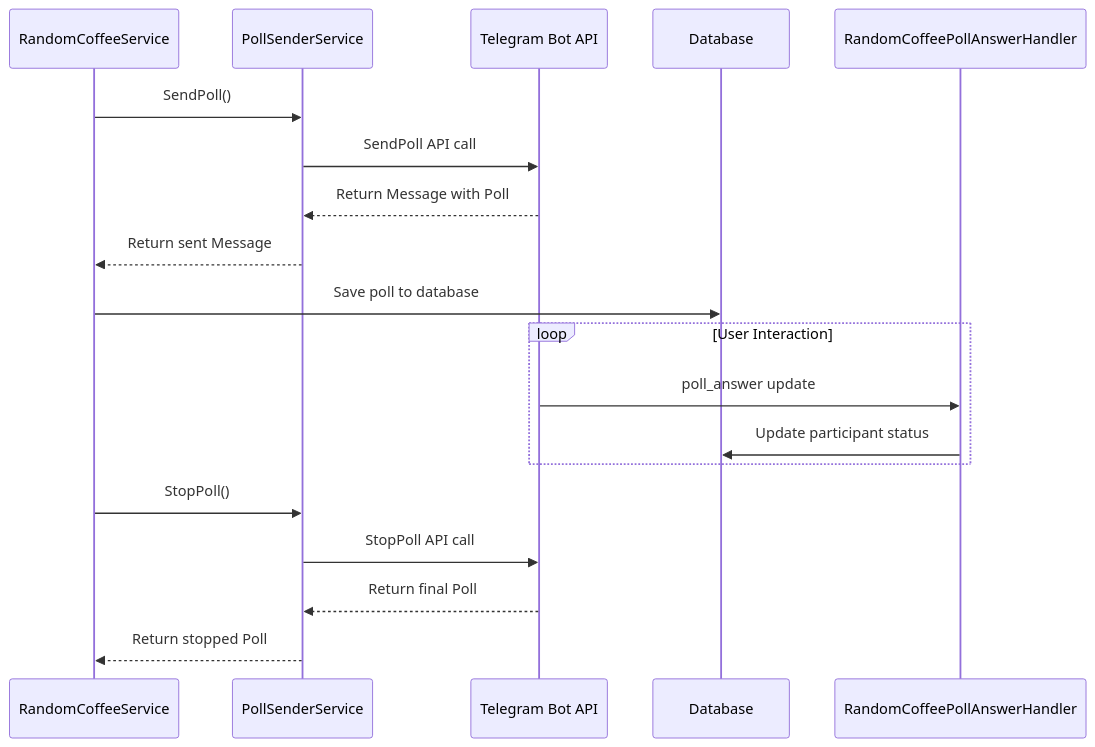
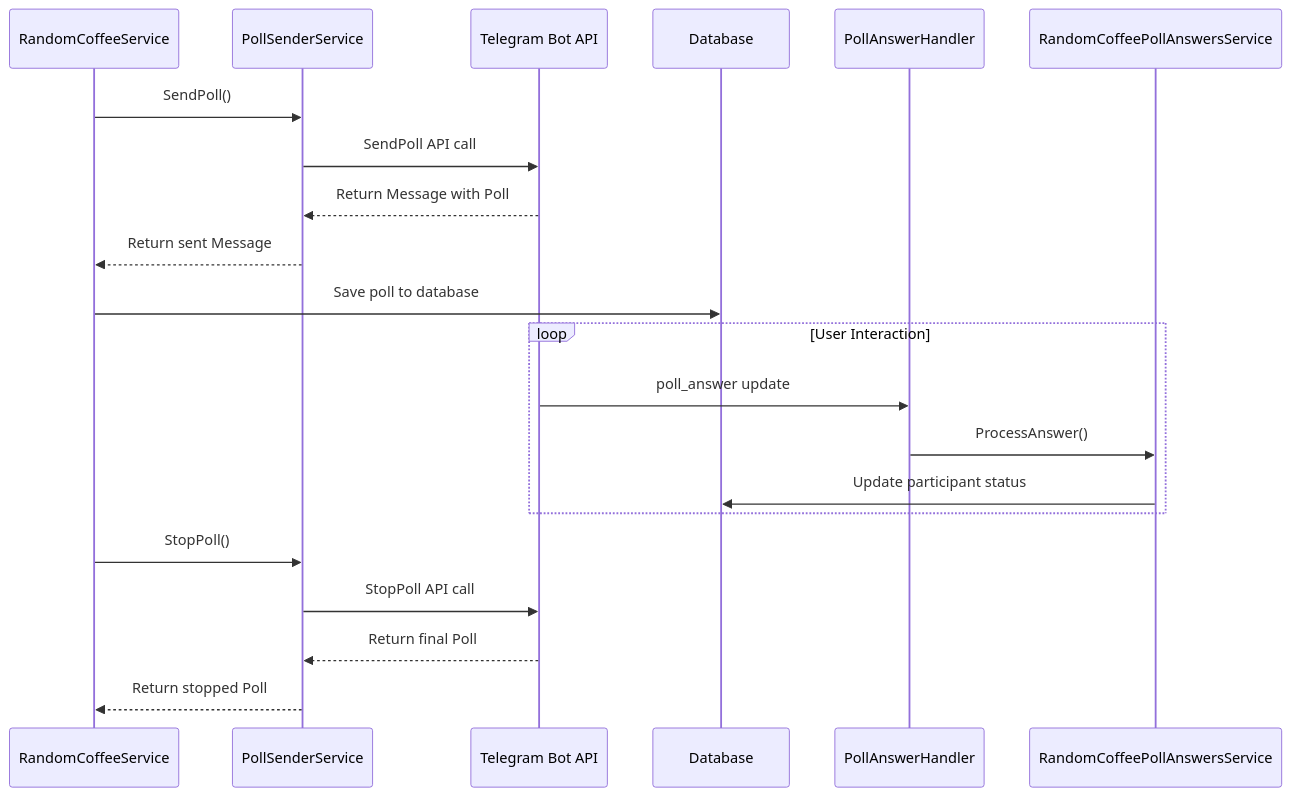
One commit to it-beard/evo-bot-go changed the second of 4 diagrams in .qoder/repowiki/en/content/Service Layer/Poll Sender Service.md. Above: the diagram before and after it, drawn with Mermaid. The commit also changed other lines of this file and 22 other files, not shown here.

````diff
--- a/.qoder/repowiki/en/content/Service Layer/Poll Sender Service.md
+++ b/.qoder/repowiki/en/content/Service Layer/Poll Sender Service.md
@@ -64,21 +73,23 @@
 ```mermaid
 sequenceDiagram
 participant RCS as RandomCoffeeService
 participant PSS as PollSenderService
 participant TGB as Telegram Bot API
 participant DB as Database
-participant Handler as RandomCoffeePollAnswerHandler
+participant Handler as PollAnswerHandler
+participant RCAS as RandomCoffeePollAnswersService
 RCS->>PSS : SendPoll()
 PSS->>TGB : SendPoll API call
 TGB-->>PSS : Return Message with Poll
 PSS-->>RCS : Return sent Message
 RCS->>DB : Save poll to database
 loop User Interaction
 TGB->>Handler : poll_answer update
-Handler->>DB : Update participant status
+Handler->>RCAS : ProcessAnswer()
+RCAS->>DB : Update participant status
 end
 RCS->>PSS : StopPoll()
 PSS->>TGB : StopPoll API call
 TGB-->>PSS : Return final Poll
 PSS-->>RCS : Return stopped Poll
 ```
````
